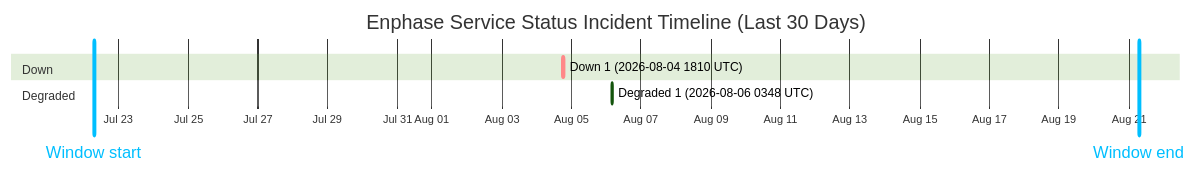
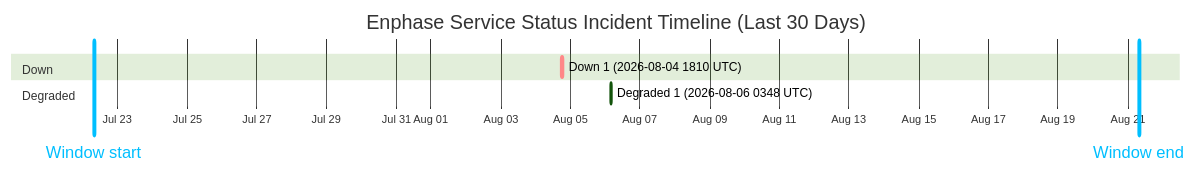
Before and after one commit to barneyonline/ha-enphase-energy: the diagram in wiki/Service-Status-History.md, drawn with Mermaid (forest theme). The commit also changed other lines of this file and 3 other files, not shown here.

````diff
--- a/wiki/Service-Status-History.md
+++ b/wiki/Service-Status-History.md
@@ -14,12 +14,12 @@
 ```mermaid
 gantt
     title Enphase Service Status Incident Timeline (Last 30 Days)
     dateFormat  YYYY-MM-DDTHH:mm:ss
     axisFormat  %b %d
-    Window start :vert, window-start, 2026-07-22T06:59:59, 0ms
-    Window end :vert, window-end, 2026-08-21T06:59:59, 0ms
+    Window start :vert, window-start, 2026-07-22T07:50:23, 0ms
+    Window end :vert, window-end, 2026-08-21T07:50:23, 0ms
     section Down
     Down 1 (2026-08-04 1810 UTC) :crit, down-1, 2026-08-04T18:10:46, 60m
     section Degraded
     Degraded 1 (2026-08-06 0348 UTC) :active, degraded-1, 2026-08-06T03:48:14, 60m
 ```
````
